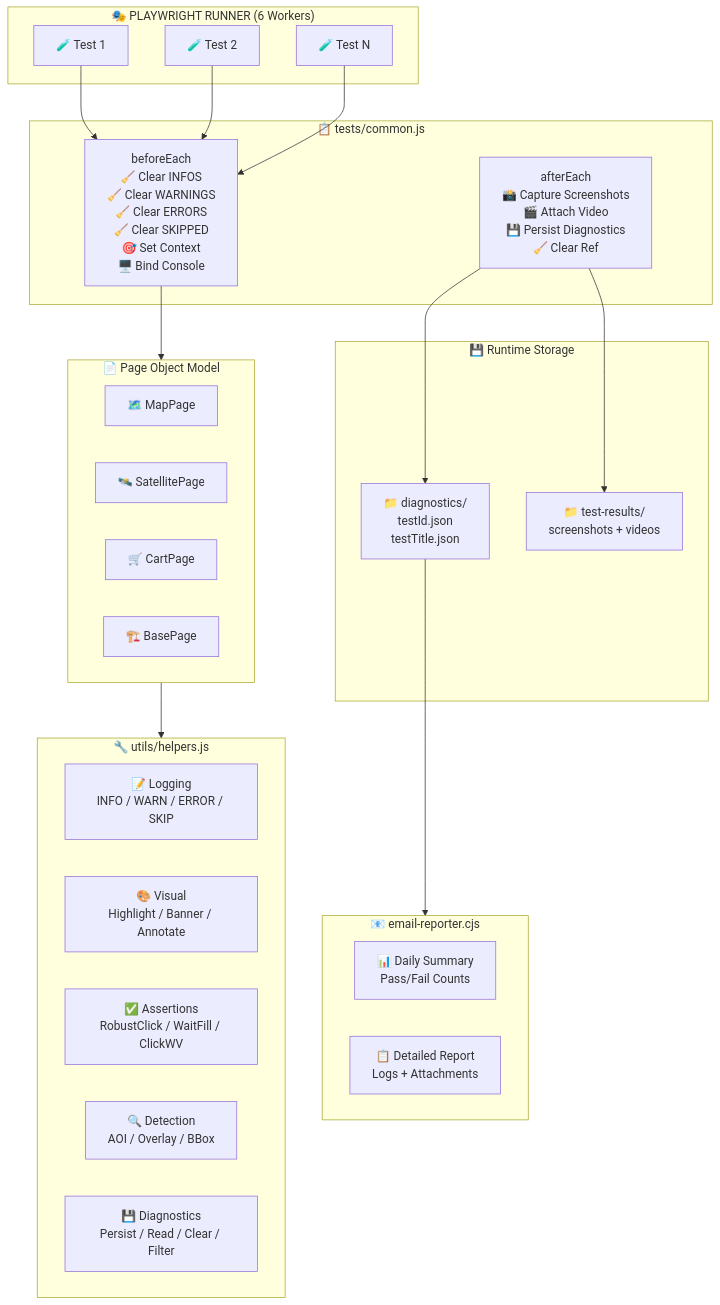
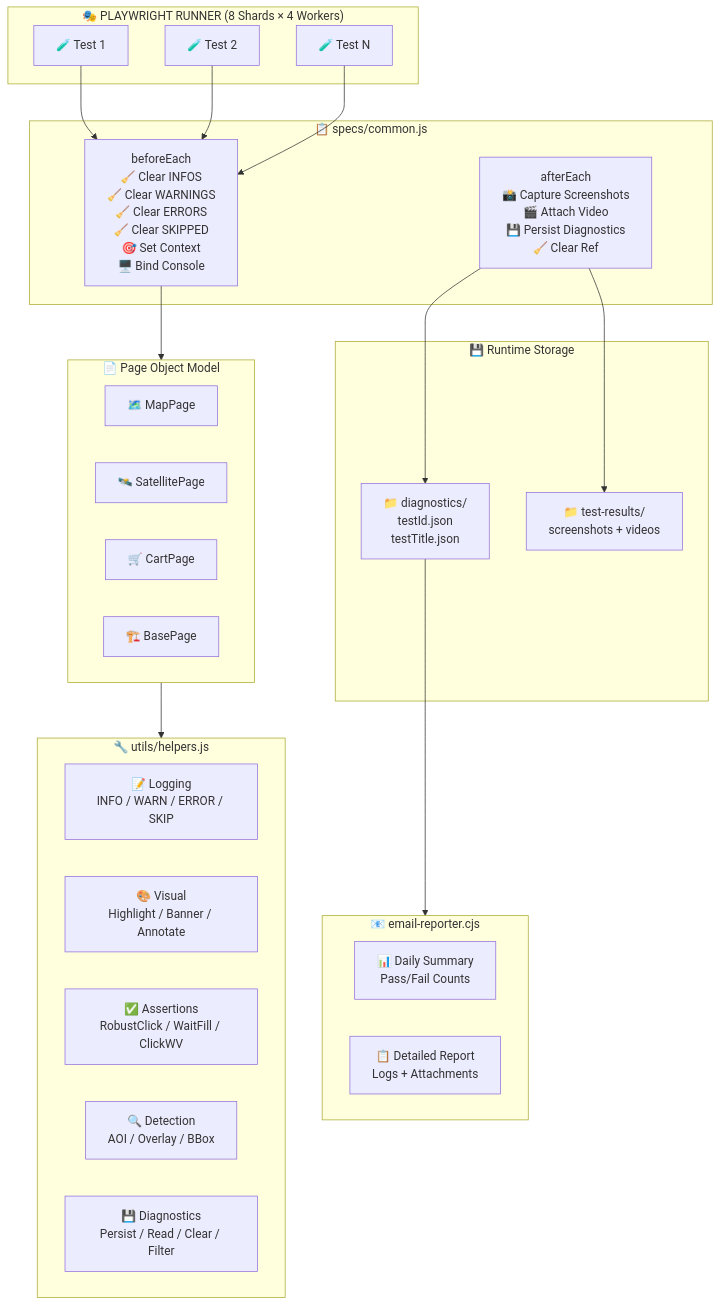
Before and after one commit to GeoWGS84-Testing/datastore84-new-testing: the second of 24 diagrams in README.md, drawn with Mermaid. The commit also changed other lines of this file and 3 other files, not shown here.

````diff
--- a/README.md
+++ b/README.md
@@ -63,47 +55,47 @@
 ```mermaid
 graph TB
-    subgraph PLAYWRIGHT["🎭 PLAYWRIGHT RUNNER (6 Workers)"]
+    subgraph PLAYWRIGHT["🎭 PLAYWRIGHT RUNNER (8 Shards × 4 Workers)"]
         T1["🧪 Test 1"]
         T2["🧪 Test 2"]
         T3["🧪 Test N"]
     end
 
-    subgraph COMMON["📋 tests/common.js"]
+    subgraph COMMON["📋 specs/common.js"]
         BE["beforeEach<br/>🧹 Clear INFOS<br/>🧹 Clear WARNINGS<br/>🧹 Clear ERRORS<br/>🧹 Clear SKIPPED<br/>🎯 Set Context<br/>🖥️ Bind Console"]
         AE["afterEach<br/>📸 Capture Screenshots<br/>🎬 Attach Video<br/>💾 Persist Diagnostics<br/>🧹 Clear Ref"]
     end
 
     subgraph POM["📄 Page Object Model"]
         MP["🗺️ MapPage"]
         SP["🛰️ SatellitePage"]
         CP["🛒 CartPage"]
         BP["🏗️ BasePage"]
     end
 
     subgraph HELPERS["🔧 utils/helpers.js"]
         LOG["📝 Logging<br/>INFO / WARN / ERROR / SKIP"]
         VIS["🎨 Visual<br/>Highlight / Banner / Annotate"]
         ASR["✅ Assertions<br/>RobustClick / WaitFill / ClickWV"]
         DET["🔍 Detection<br/>AOI / Overlay / BBox"]
         DIAG["💾 Diagnostics<br/>Persist / Read / Clear / Filter"]
     end
 
     subgraph STORAGE["💾 Runtime Storage"]
         DIAGDIR["📁 diagnostics/<br/>testId.json<br/>testTitle.json"]
         TRDIR["📁 test-results/<br/>screenshots + videos"]
     end
 
     subgraph REPORTER["📧 email-reporter.cjs"]
         DAILY["📊 Daily Summary<br/>Pass/Fail Counts"]
         DETAIL["📋 Detailed Report<br/>Logs + Attachments"]
     end
 
     T1 --> BE
     T2 --> BE
     T3 --> BE
     BE --> POM
     POM --> HELPERS
     AE --> DIAGDIR
     AE --> TRDIR
     DIAGDIR --> REPORTER
 ```
````
